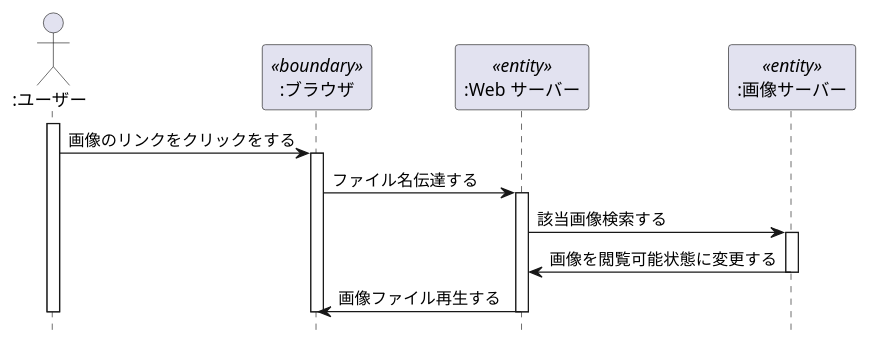
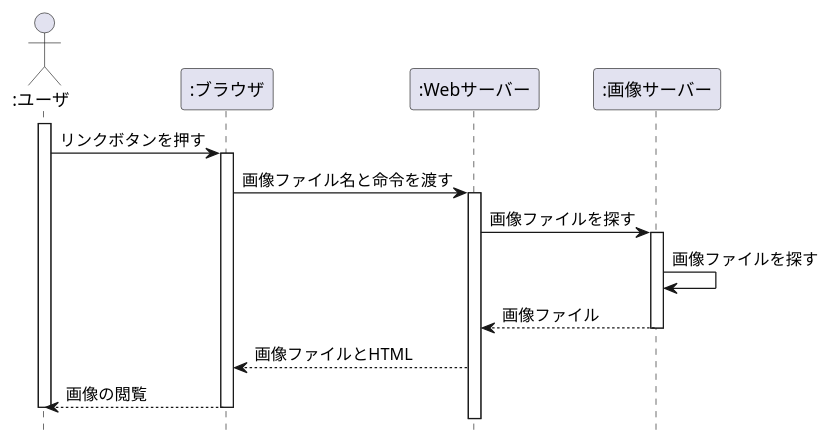
Before and after one commit to youryota/uml-introduction: the diagram in 演習4-6_SD_Web画像検索.pu, drawn with PlantUML.

Commit message:
修正

```diff
--- a/演習4-6_SD_Web画像検索.pu
+++ b/演習4-6_SD_Web画像検索.pu
@@ -1,20 +1,21 @@
 @startuml
 hide footbox
-Actor ":ユーザー" as a1
-participant ":ブラウザ" as a2 <<boundary>>
-participant ":Web サーバー" as a3 <<entity>>
-participant ":画像サーバー" as a4 <<entity>>
-activate a1
-a1->a2:画像のリンクをクリックをする
-activate a2
-a2->a3:ファイル名伝達する
-activate a3
-a3->a4:該当画像検索する
-activate a4
-a4->a3:画像を閲覧可能状態に変更する
-deactivate a4
-a3->a2:画像ファイル再生する
-deactivate a3
-deactivate a2
-deactivate a1
+actor ":ユーザ" as user
+participant ":ブラウザ" as brauza
+participant ":Webサーバー" as Web
+participant ":画像サーバー" as image
+activate user
+user -> brauza :リンクボタンを押す
+activate brauza
+brauza -> Web :画像ファイル名と命令を渡す
+activate Web
+Web -> image :画像ファイルを探す
+activate image
+image -> image :画像ファイルを探す
+Web <-- image :画像ファイル
+deactivate image
+brauza <-- Web :画像ファイルとHTML
+user <-- brauza :画像の閲覧
+deactivate brauza
+deactivate user
 @enduml
```
